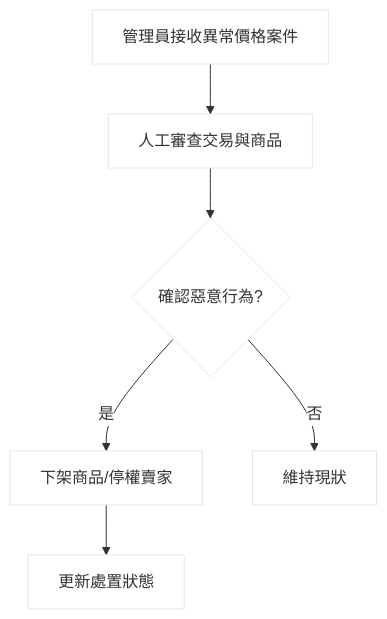
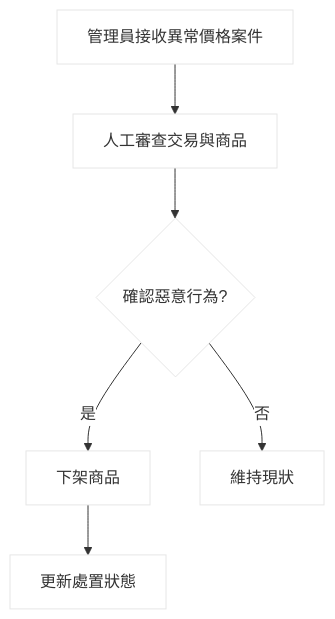
The tenth of 11 diagrams in 0427(改3).md (Bearrr-116/B11356021), drawn with Mermaid before and after one commit.

Commit message:
Update flowchart for handling abnormal pricing cases

````diff
--- a/0427(改3).md
+++ b/0427(改3).md
@@ -406,9 +406,9 @@
 ```mermaid
 %%{init: {"theme":"base","themeVariables":{"primaryColor":"#ffffff","secondaryColor":"#ffffff","tertiaryColor":"#ffffff","mainBkg":"#ffffff","lineColor":"#333333","textColor":"#111111"}}}%%
 flowchart TD
     A[管理員接收異常價格案件] --> B[人工審查交易與商品]
     B --> C{確認惡意行為?}
-    C -- 是 --> D[下架商品/停權賣家]
+    C -- 是 --> D[下架商品]
     D --> E[更新處置狀態]
     C -- 否 --> F[維持現狀]
 ```
````
